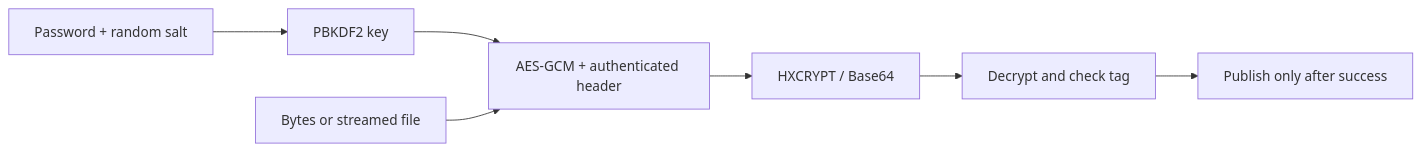
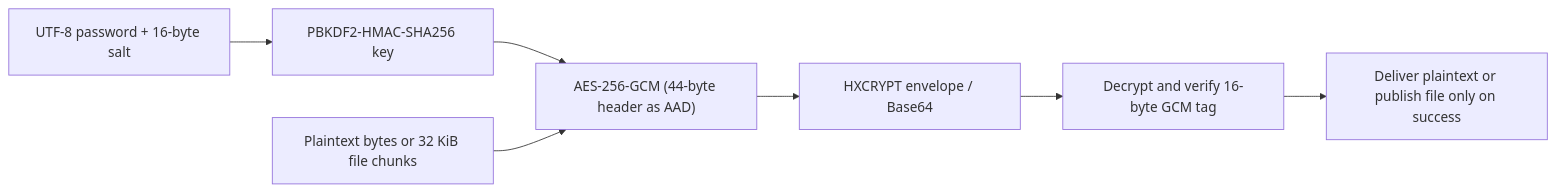
One commit to HuangX666/hx_c_platform changed the diagram in docs/CRYPTO.md. Above: the diagram before and after it, drawn with Mermaid. The commit also changed other lines of this file and 135 other files, not shown here.

````diff
--- a/docs/CRYPTO.md
+++ b/docs/CRYPTO.md
@@ -176,9 +175,9 @@
 ```mermaid
 flowchart LR
-    A["Password + random salt"] --> B["PBKDF2 key"]
-    B --> C["AES-GCM + authenticated header"]
-    D["Bytes or streamed file"] --> C
-    C --> E["HXCRYPT / Base64"]
-    E --> F["Decrypt and check tag"]
-    F --> G["Publish only after success"]
+    A["UTF-8 password + 16-byte salt"] --> B["PBKDF2-HMAC-SHA256 key"]
+    B --> C["AES-256-GCM (44-byte header as AAD)"]
+    D["Plaintext bytes or 32 KiB file chunks"] --> C
+    C --> E["HXCRYPT envelope / Base64"]
+    E --> F["Decrypt and verify 16-byte GCM tag"]
+    F --> G["Deliver plaintext or publish file only on success"]
 ```
````
